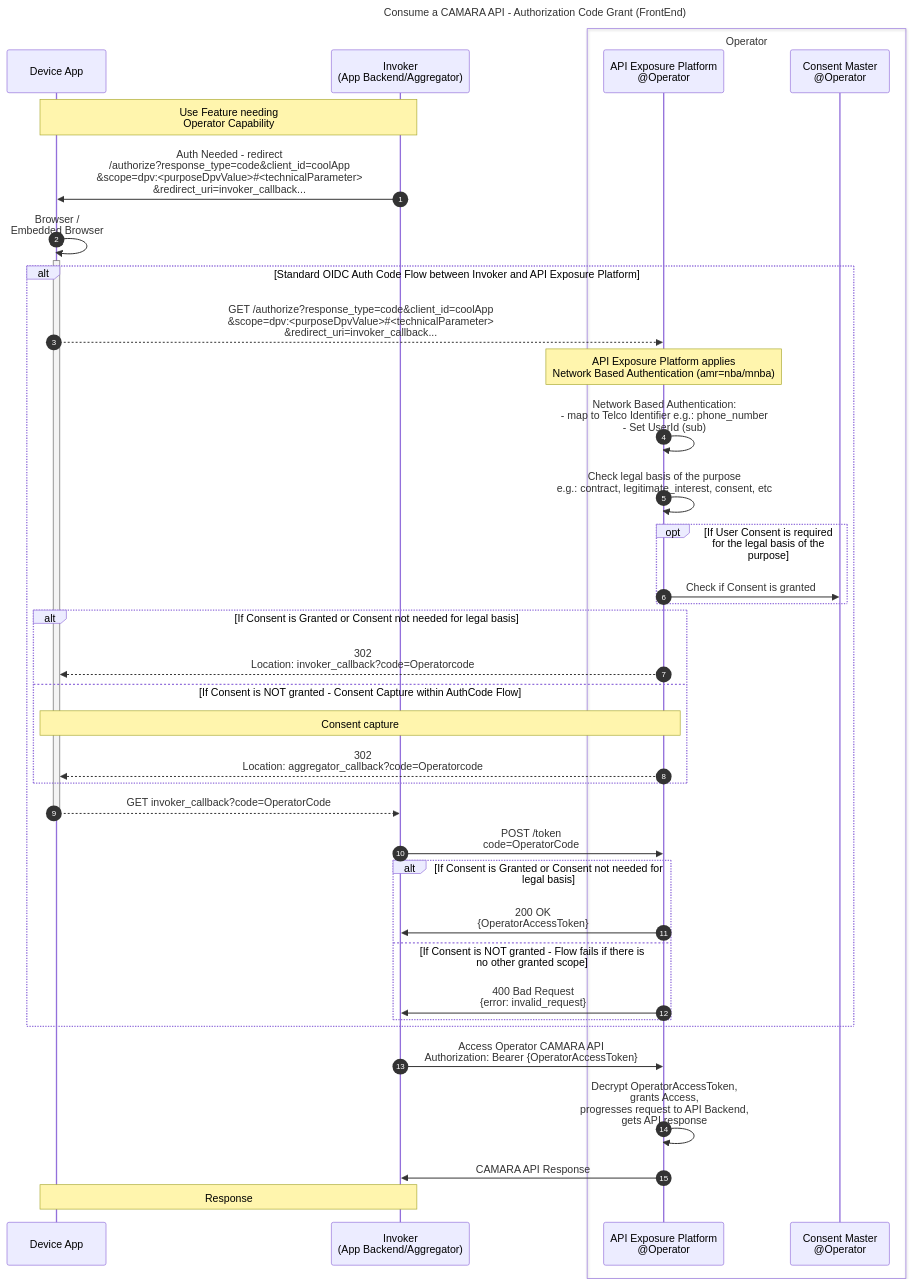
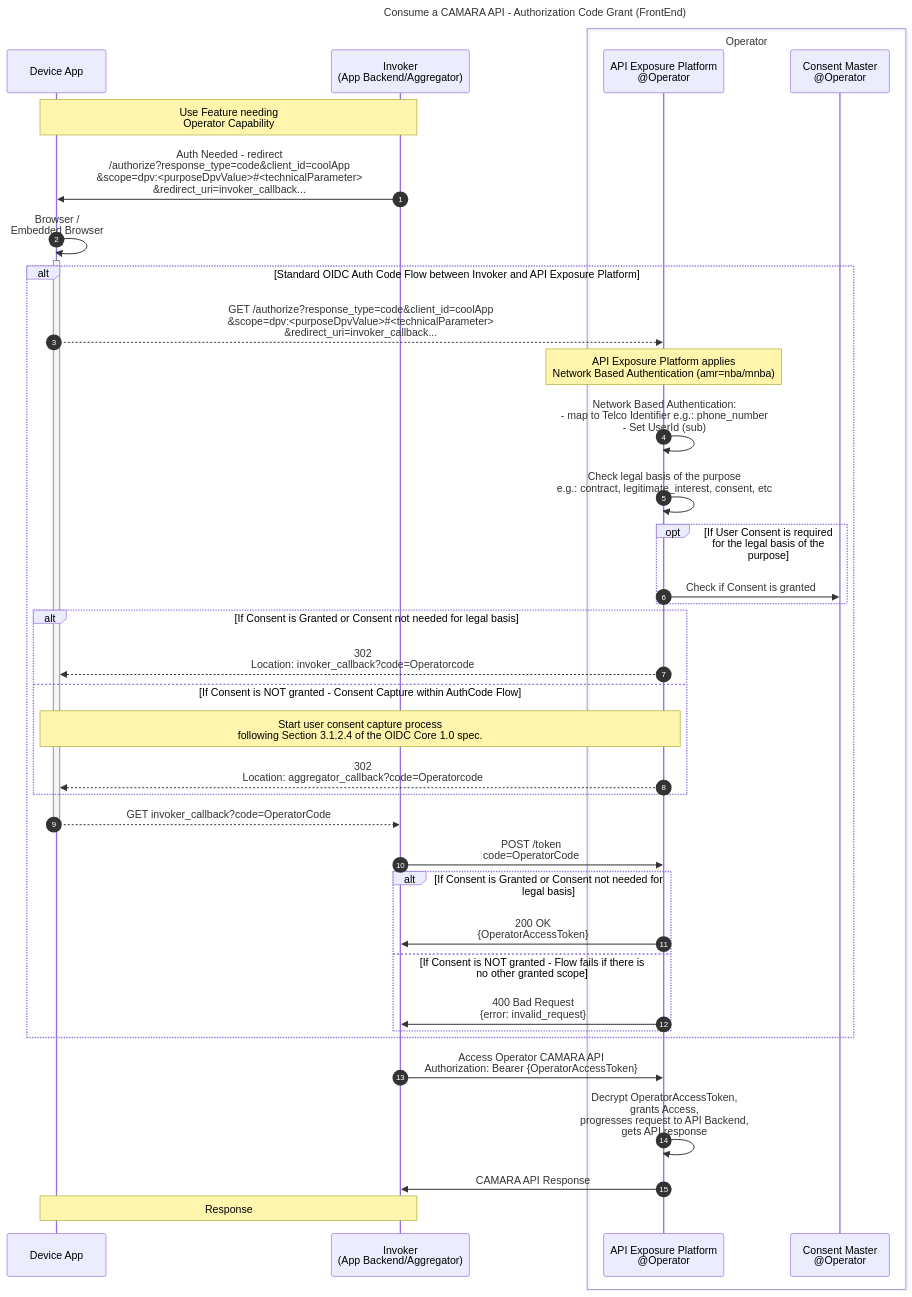
One commit to camaraproject/IdentityAndConsentManagement changed the first of 2 diagrams in documentation/CAMARA-API-access-and-user-consent.md. Above: the diagram before and after it, drawn with Mermaid. The commit also changed other lines of this file, not shown here.

Commit message:
added Eric's rewording suggestion

````diff
--- a/documentation/CAMARA-API-access-and-user-consent.md
+++ b/documentation/CAMARA-API-access-and-user-consent.md
@@ -129,42 +129,42 @@
 ```mermaid
 sequenceDiagram
 autonumber
 title Consume a CAMARA API - Authorization Code Grant (FrontEnd)
 participant FE as Device App
 participant BE as Invoker<br>(App Backend/Aggregator)
 box Operator
   participant ExpO as API Exposure Platform<br>@Operator
   participant Consent as Consent Master<br>@Operator
 end
 
 Note over FE,BE: Use Feature needing<br>Operator Capability  
 BE->>FE: Auth Needed - redirect <br>/authorize?response_type=code&client_id=coolApp<br>&scope=dpv:<purposeDpvValue>#35;<technicalParameter><br>&redirect_uri=invoker_callback...
 FE->>+FE: Browser /<br> Embedded Browser
 alt Standard OIDC Auth Code Flow between Invoker and API Exposure Platform
   FE-->>ExpO: GET /authorize?response_type=code&client_id=coolApp<br>&scope=dpv:<purposeDpvValue>#35;<technicalParameter><br>&redirect_uri=invoker_callback...
   Note over ExpO: API Exposure Platform applies<br>Network Based Authentication (amr=nba/mnba)
   ExpO->>ExpO: Network Based Authentication:<br>- map to Telco Identifier e.g.: phone_number<br>- Set UserId (sub)  
   ExpO->>ExpO: Check legal basis of the purpose<br> e.g.: contract, legitimate_interest, consent, etc 
   opt If User Consent is required for the legal basis of the purpose  
     ExpO->>Consent: Check if Consent is granted    
   end  
   alt If Consent is Granted or Consent not needed for legal basis   
     ExpO-->>FE: 302<br>Location: invoker_callback?code=Operatorcode
   else If Consent is NOT granted - Consent Capture within AuthCode Flow  
-    Note over FE,ExpO: Consent capture    
+    Note over FE,ExpO: Start user consent capture process<br>following Section 3.1.2.4 of the OIDC Core 1.0 spec.    
     ExpO-->>FE: 302<br>Location: aggregator_callback?code=Operatorcode 
   end
   FE-->>-BE: GET invoker_callback?code=OperatorCode
   BE->>ExpO: POST /token<br> code=OperatorCode
   alt If Consent is Granted or Consent not needed for legal basis
     ExpO->>BE: 200 OK <br> {OperatorAccessToken}
   else If Consent is NOT granted - Flow fails if there is no other granted scope
     ExpO->>BE: 400 Bad Request <br> {error: invalid_request}
   end
 end
 
 BE->>ExpO: Access Operator CAMARA API <br> Authorization: Bearer {OperatorAccessToken}        
 ExpO->>ExpO: Decrypt OperatorAccessToken,<br>grants Access,<br>progresses request to API Backend,<br>gets API response  
 ExpO->>BE: CAMARA API Response
 Note over BE,FE: Response
 ```
````
